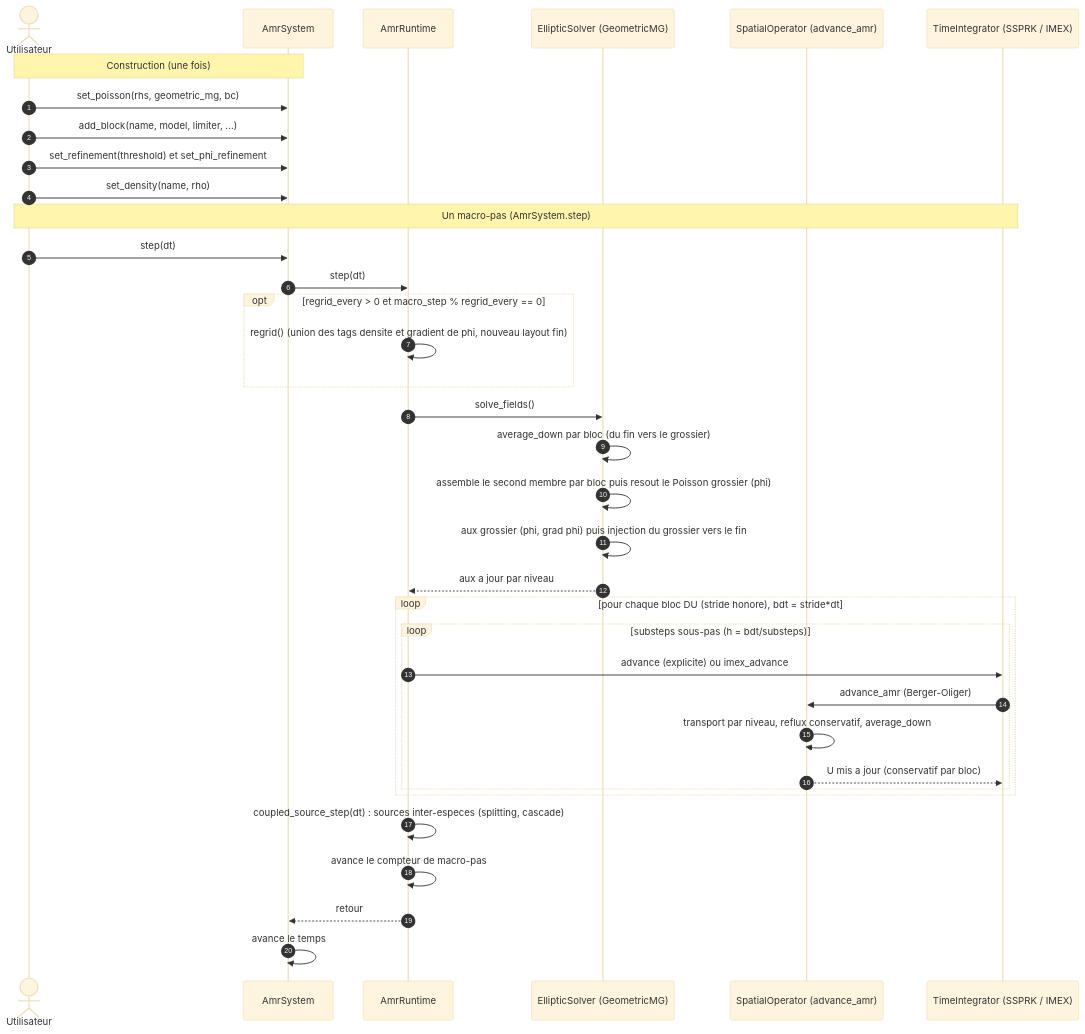
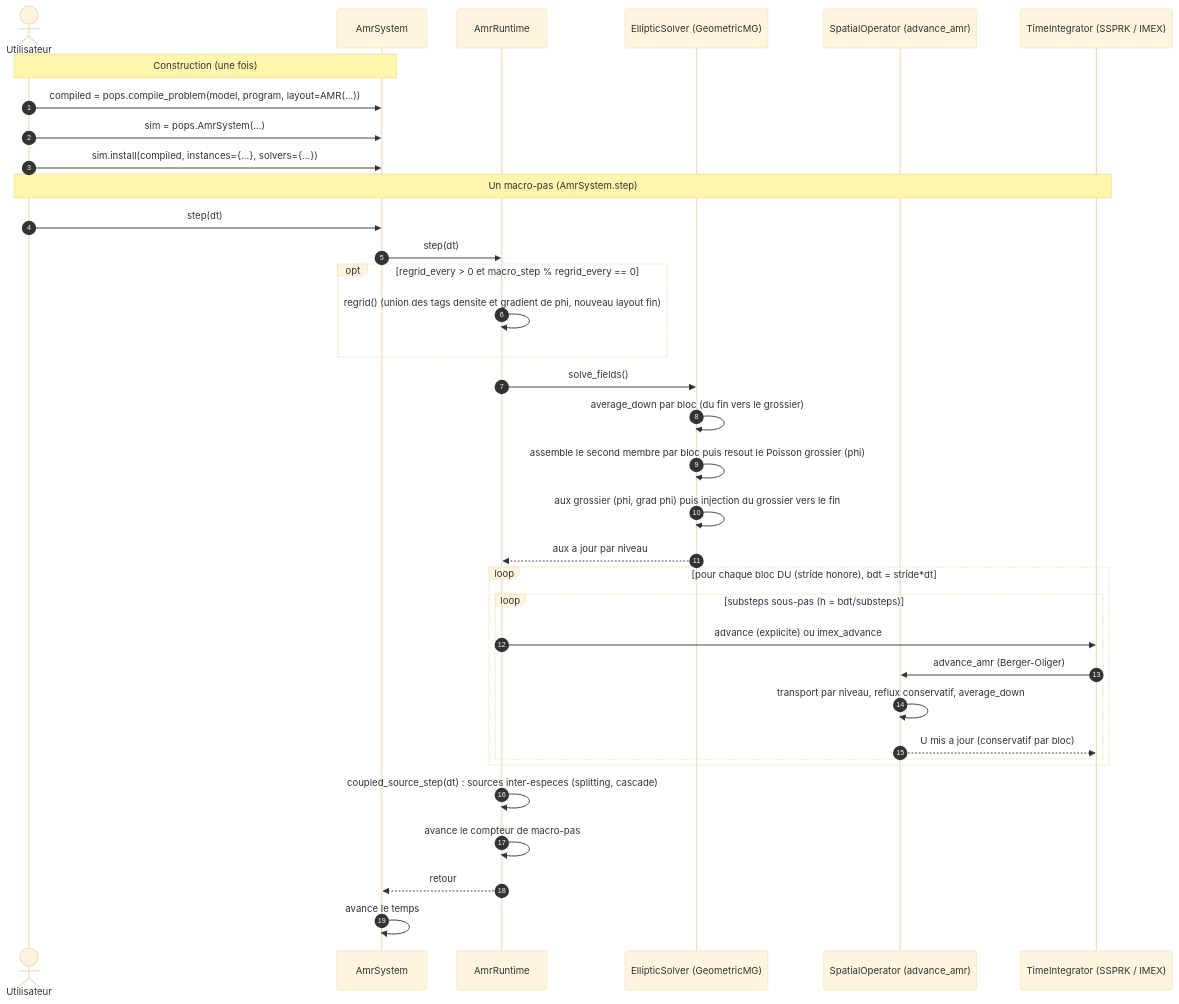
The fourth of 4 diagrams in docs/ARCHITECTURE.md (wolf75222/PoPS), drawn with Mermaid (base theme) before and after one commit. The commit also changed other lines of this file and 8 other files, not shown here.

````diff
--- a/docs/ARCHITECTURE.md
+++ b/docs/ARCHITECTURE.md
@@ -395,43 +395,42 @@
 ```mermaid
 sequenceDiagram
     autonumber
     actor Utilisateur
     participant AmrSystem
     participant AmrRuntime
     participant EllipticSolver as EllipticSolver (GeometricMG)
     participant SpatialOperator as SpatialOperator (advance_amr)
     participant TimeIntegrator as TimeIntegrator (SSPRK / IMEX)
 
     Note over Utilisateur,AmrSystem: Construction (une fois)
-    Utilisateur->>AmrSystem: set_poisson(rhs, geometric_mg, bc)
-    Utilisateur->>AmrSystem: add_block(name, model, limiter, ...)
-    Utilisateur->>AmrSystem: set_refinement(threshold) et set_phi_refinement
-    Utilisateur->>AmrSystem: set_density(name, rho)
+    Utilisateur->>AmrSystem: compiled = pops.compile_problem(model, program, layout=AMR(...))
+    Utilisateur->>AmrSystem: sim = pops.AmrSystem(...)
+    Utilisateur->>AmrSystem: sim.install(compiled, instances={...}, solvers={...})
 
     Note over Utilisateur,TimeIntegrator: Un macro-pas (AmrSystem.step)
     Utilisateur->>AmrSystem: step(dt)
     AmrSystem->>AmrRuntime: step(dt)
 
     opt regrid_every > 0 et macro_step % regrid_every == 0
         AmrRuntime->>AmrRuntime: regrid() (union des tags densite et gradient de phi, nouveau layout fin)
     end
 
     AmrRuntime->>EllipticSolver: solve_fields()
     EllipticSolver->>EllipticSolver: average_down par bloc (du fin vers le grossier)
     EllipticSolver->>EllipticSolver: assemble le second membre par bloc puis resout le Poisson grossier (phi)
     EllipticSolver->>EllipticSolver: aux grossier (phi, grad phi) puis injection du grossier vers le fin
     EllipticSolver-->>AmrRuntime: aux a jour par niveau
 
     loop pour chaque bloc DU (stride honore), bdt = stride*dt
         loop substeps sous-pas (h = bdt/substeps)
             AmrRuntime->>TimeIntegrator: advance (explicite) ou imex_advance
             TimeIntegrator->>SpatialOperator: advance_amr (Berger-Oliger)
             SpatialOperator->>SpatialOperator: transport par niveau, reflux conservatif, average_down
             SpatialOperator-->>TimeIntegrator: U mis a jour (conservatif par bloc)
         end
     end
     AmrRuntime->>AmrRuntime: coupled_source_step(dt) : sources inter-especes (splitting, cascade)
     AmrRuntime->>AmrRuntime: avance le compteur de macro-pas
     AmrRuntime-->>AmrSystem: retour
     AmrSystem->>AmrSystem: avance le temps
 ```
````
